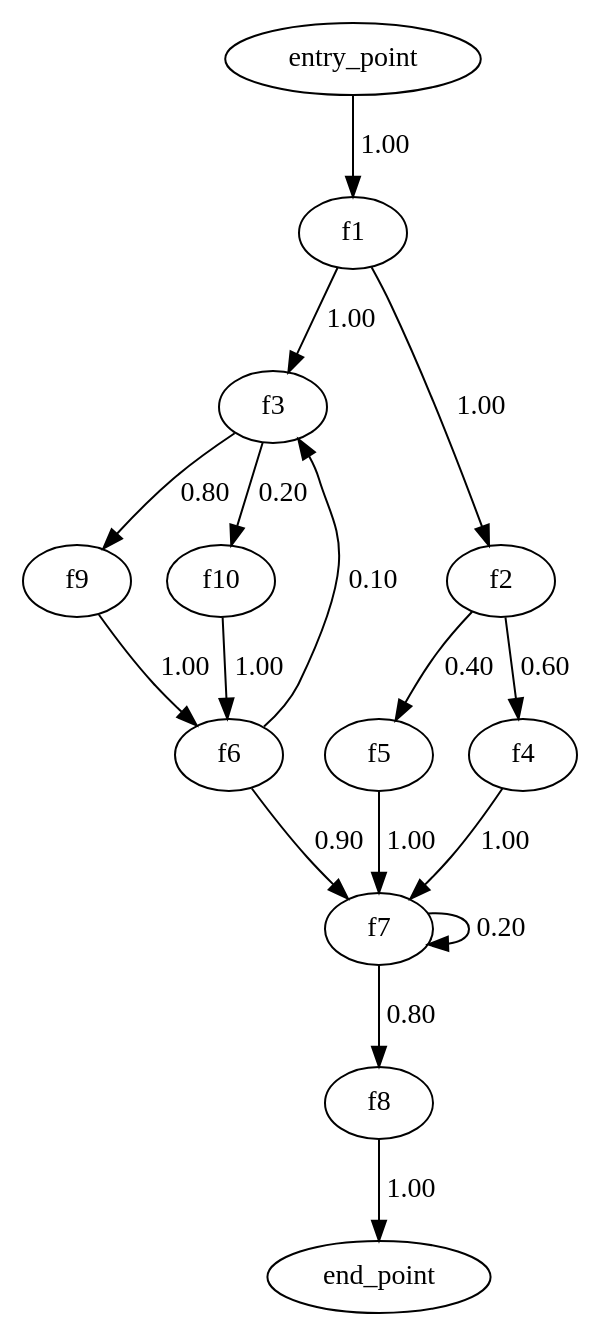
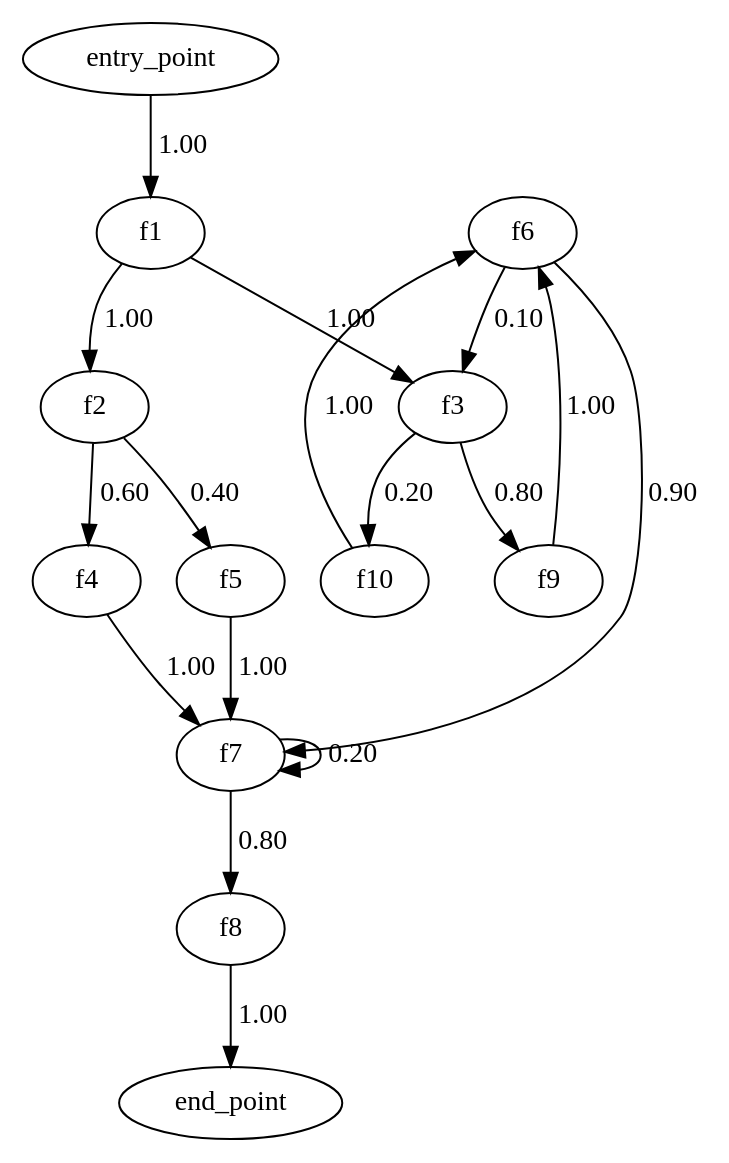
One commit to KlasafGeijerstam/openwhisk changed the diagram in modifications/data_logger/original.dot. Above: the diagram before and after it, drawn with Graphviz. The commit also changed 5 other files, not shown here.

```diff
--- a/modifications/data_logger/original.dot
+++ b/modifications/data_logger/original.dot
@@ -1,30 +1,30 @@
 digraph {
     0 [ label = "f8"]
-    1 [ label = "end_point"]
-    2 [ label = "f9"]
-    3 [ label = "f3"]
-    4 [ label = "f5"]
-    5 [ label = "f4"]
-    6 [ label = "f6"]
-    7 [ label = "f10"]
-    8 [ label = "entry_point"]
-    9 [ label = "f1"]
+    1 [ label = "f3"]
+    2 [ label = "f1"]
+    3 [ label = "f6"]
+    4 [ label = "entry_point"]
+    5 [ label = "end_point"]
+    6 [ label = "f10"]
+    7 [ label = "f7"]
+    8 [ label = "f4"]
+    9 [ label = "f9"]
     10 [ label = "f2"]
-    11 [ label = "f7"]
-    0 -> 1 [ label = "1.00"]
-    2 -> 6 [ label = "1.00"]
-    3 -> 7 [ label = "0.20"]
-    3 -> 2 [ label = "0.80"]
-    4 -> 11 [ label = "1.00"]
-    5 -> 11 [ label = "1.00"]
-    6 -> 3 [ label = "0.10"]
-    6 -> 11 [ label = "0.90"]
-    7 -> 6 [ label = "1.00"]
-    8 -> 9 [ label = "1.00"]
-    9 -> 10 [ label = "1.00"]
+    11 [ label = "f5"]
+    0 -> 5 [ label = "1.00"]
+    1 -> 6 [ label = "0.20"]
+    1 -> 9 [ label = "0.80"]
+    2 -> 10 [ label = "1.00"]
+    2 -> 1 [ label = "1.00"]
+    3 -> 1 [ label = "0.10"]
+    3 -> 7 [ label = "0.90"]
+    4 -> 2 [ label = "1.00"]
+    6 -> 3 [ label = "1.00"]
+    7 -> 7 [ label = "0.20"]
+    7 -> 0 [ label = "0.80"]
+    8 -> 7 [ label = "1.00"]
     9 -> 3 [ label = "1.00"]
-    10 -> 5 [ label = "0.60"]
-    10 -> 4 [ label = "0.40"]
-    11 -> 11 [ label = "0.20"]
-    11 -> 0 [ label = "0.80"]
+    10 -> 8 [ label = "0.60"]
+    10 -> 11 [ label = "0.40"]
+    11 -> 7 [ label = "1.00"]
 }
```
